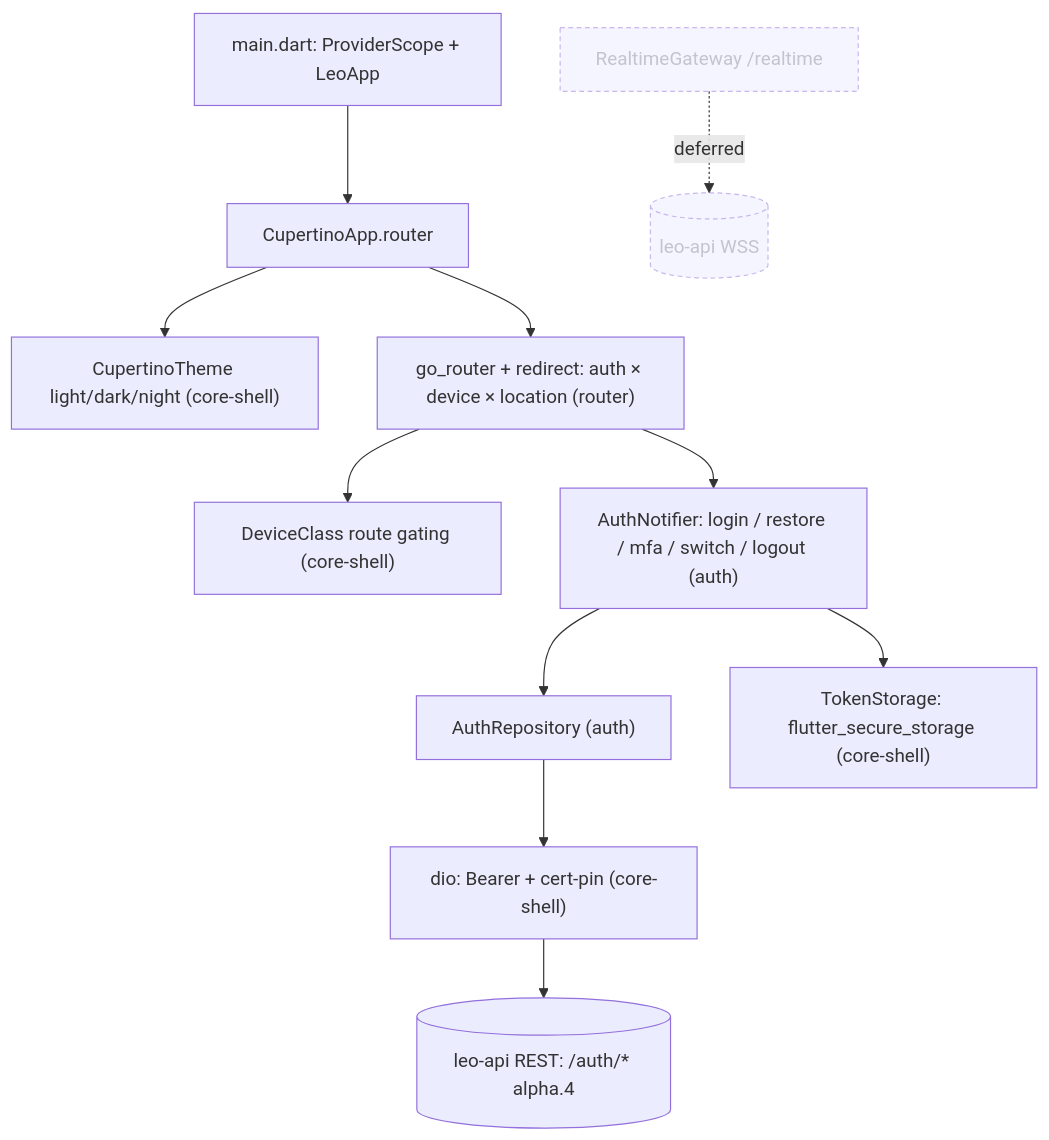
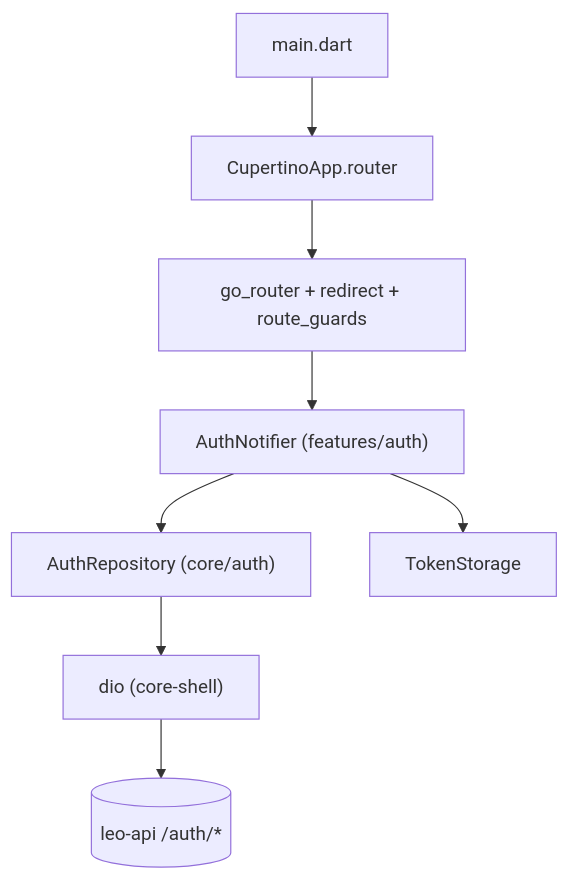
Before and after one commit to saambaby/leo-workstation: the diagram in .pineapple/phases/v0.0.1-alpha.1.md, drawn with Mermaid. The commit also changed other lines of this file and 52 other files, not shown here.

First line of the commit message:
feat(onboarding): P2 OTP verify + core/auth wire (v0.0.1-p2-onboarding) (#29)

````diff
--- a/.pineapple/phases/v0.0.1-alpha.1.md
+++ b/.pineapple/phases/v0.0.1-alpha.1.md
@@ -32,14 +28,10 @@
 ```mermaid
 graph TD
-  MAIN["main.dart: ProviderScope + LeoApp"] --> APP["CupertinoApp.router"]
-  APP --> THEME["CupertinoTheme light/dark/night (core-shell)"]
-  APP --> ROUTER["go_router + redirect: auth × device × location (router)"]
-  ROUTER --> DEV["DeviceClass route gating (core-shell)"]
-  ROUTER --> AUTHN["AuthNotifier: login / restore / mfa / switch / logout (auth)"]
-  AUTHN --> AREPO["AuthRepository (auth)"]
-  AREPO --> DIO["dio: Bearer + cert-pin (core-shell)"]
-  AUTHN --> TS["TokenStorage: flutter_secure_storage (core-shell)"]
-  DIO --> API[("leo-api REST: /auth/* alpha.4")]
-  RTG["RealtimeGateway /realtime"]:::deferred -.deferred.-> WSS[("leo-api WSS")]:::deferred
-  classDef deferred stroke-dasharray:4 3,opacity:0.5;
+  MAIN["main.dart"] --> APP["CupertinoApp.router"]
+  APP --> ROUTER["go_router + redirect + route_guards"]
+  ROUTER --> AUTHN["AuthNotifier (features/auth)"]
+  AUTHN --> AREPO["AuthRepository (core/auth)"]
+  AREPO --> DIO["dio (core-shell)"]
+  AUTHN --> TS["TokenStorage"]
+  DIO --> API[("leo-api /auth/*")]
 ```
````
